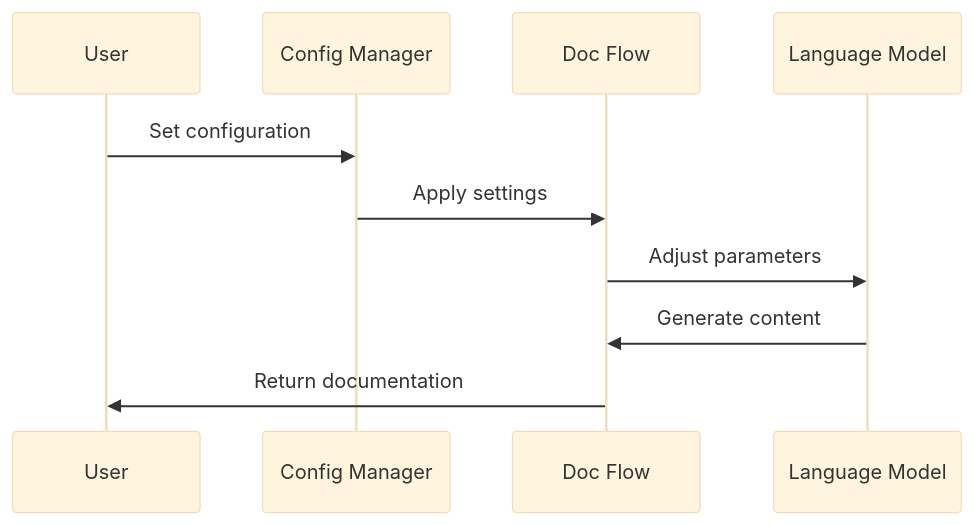
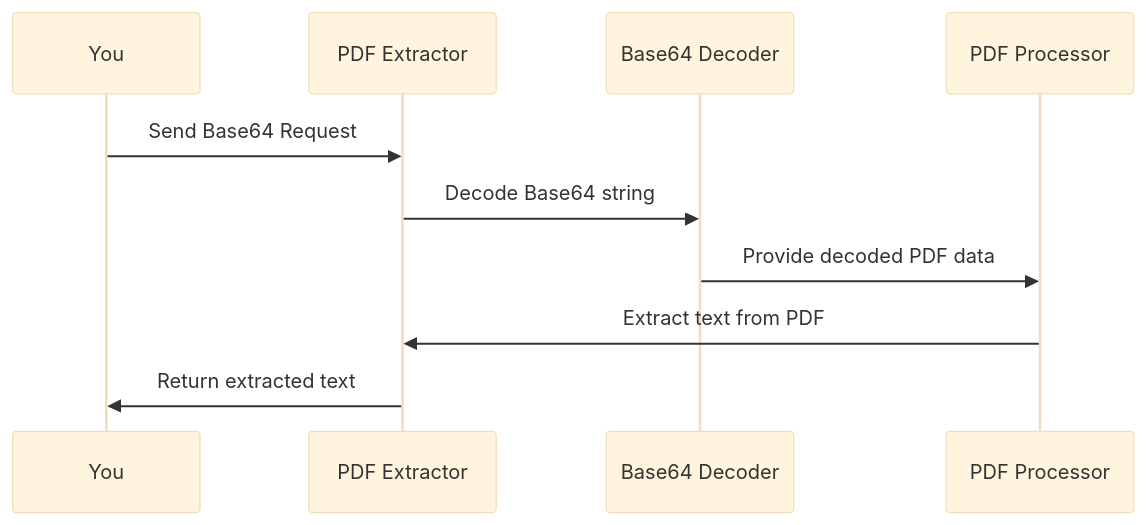
The third of 7 diagrams in README.md (dygavieta/NewRepo), drawn with Mermaid (base theme) before and after one commit. The commit also changed other lines of this file, not shown here.

````diff
--- a/README.md
+++ b/README.md
@@ -308,13 +188,12 @@
 ```mermaid
 sequenceDiagram
-    participant User
-    participant CM as Config Manager
-    participant DF as Doc Flow
-    participant LLM as Language Model
-
-    User->>CM: Set configuration
-    CM->>DF: Apply settings
-    DF->>LLM: Adjust parameters
-    LLM->>DF: Generate content
-    DF->>User: Return documentation
+    participant You
+    participant App as PDF Extractor
+    participant Decoder as Base64 Decoder
+    participant PDFBox as PDF Processor
+    You->>App: Send Base64 Request
+    App->>Decoder: Decode Base64 string
+    Decoder->>PDFBox: Provide decoded PDF data
+    PDFBox->>App: Extract text from PDF
+    App->>You: Return extracted text
 ```
````
